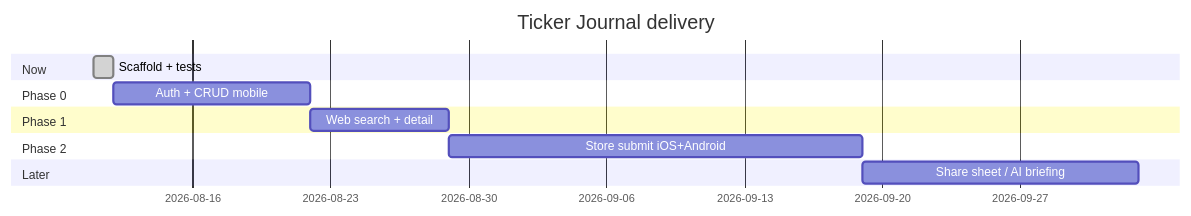
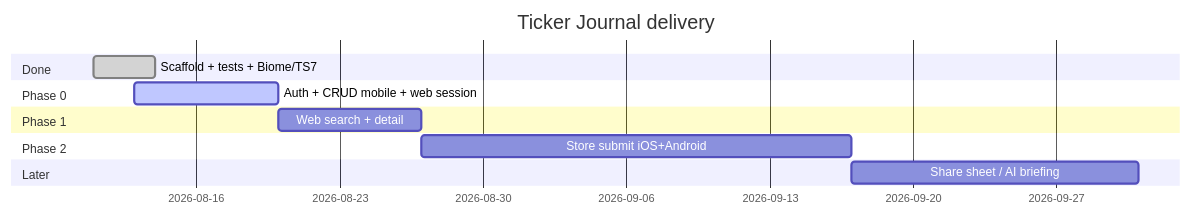
The fourth of 5 diagrams in docs/portfolio.md (scs0209/ticker-journal), drawn with Mermaid before and after one commit. The commit also changed other lines of this file and 4 other files, not shown here.

````diff
--- a/docs/portfolio.md
+++ b/docs/portfolio.md
@@ -96,15 +97,15 @@
 ```mermaid
 gantt
   title Ticker Journal delivery
   dateFormat  YYYY-MM-DD
-  section Now
-  Scaffold + tests           :done, s0, 2026-08-11, 1d
+  section Done
+  Scaffold + tests + Biome/TS7 :done, s0, 2026-08-11, 3d
   section Phase 0
-  Auth + CRUD mobile         :p0, 2026-08-12, 10d
+  Auth + CRUD mobile + web session :active, p0, 2026-08-13, 7d
   section Phase 1
   Web search + detail        :p1, after p0, 7d
   section Phase 2
   Store submit iOS+Android   :p2, after p1, 21d
   section Later
   Share sheet / AI briefing  :p3, after p2, 14d
 ```
````
